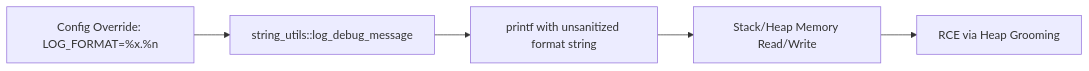
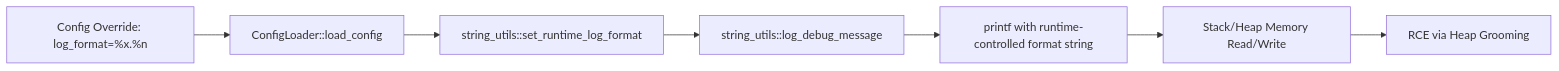
Before and after one commit to DaWasteh/SuperCalc-Sicherheitsbenchmark: the first of 20 diagrams in enhanced_exploits.md, drawn with Mermaid. The commit also changed other lines of this file and 31 other files, not shown here.

````diff
--- a/enhanced_exploits.md
+++ b/enhanced_exploits.md
@@ -63,7 +64,9 @@
 ```mermaid
 flowchart LR
-  A[Config Override: LOG_FORMAT=%x.%n] --> B[string_utils::log_debug_message]
-  B --> C[printf with unsanitized format string]
-  C --> D[Stack/Heap Memory Read/Write]
-  D --> E[RCE via Heap Grooming]
+  A[Config Override: log_format=%x.%n] --> B[ConfigLoader::load_config]
+  B --> C[string_utils::set_runtime_log_format]
+  C --> D[string_utils::log_debug_message]
+  D --> E[printf with runtime-controlled format string]
+  E --> F[Stack/Heap Memory Read/Write]
+  F --> G[RCE via Heap Grooming]
 ```
````
